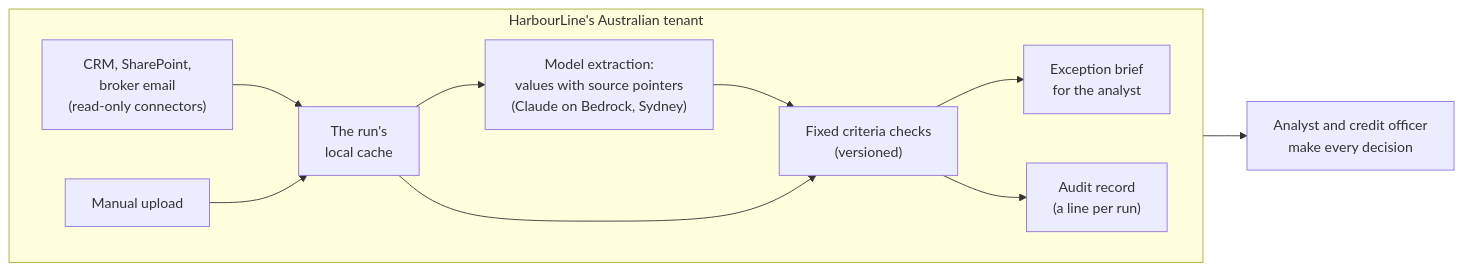
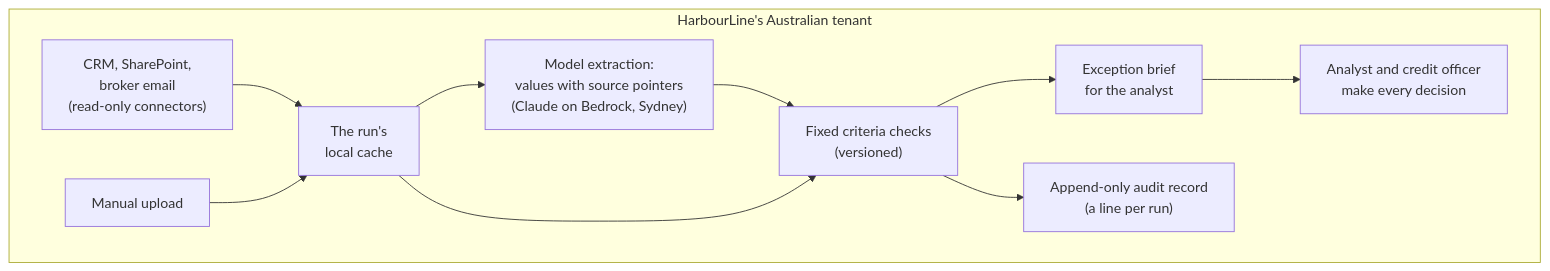
The diagram in docs/production-note.md (storytree-ai/mono-assessment), drawn with Mermaid before and after one commit. The commit also changed other lines of this file and 2 other files, not shown here.

First line of the commit message:
Fix the final reviewer's misses: dated run commands, the Bedrock step, the append-only audit, matching not-ready lists

````diff
--- a/docs/production-note.md
+++ b/docs/production-note.md
@@ -5,14 +5,14 @@
 ```mermaid
 flowchart LR
   subgraph tenant["HarbourLine's Australian tenant"]
     direction LR
     src["CRM, SharePoint,<br/>broker email<br/>(read-only connectors)"] --> cache["The run's<br/>local cache"]
     up["Manual upload"] --> cache
     cache --> model["Model extraction:<br/>values with source pointers<br/>(Claude on Bedrock, Sydney)"]
     model --> checks["Fixed criteria checks<br/>(versioned)"]
     cache --> checks
     checks --> brief["Exception brief<br/>for the analyst"]
-    checks --> audit["Audit record<br/>(a line per run)"]
+    checks --> audit["Append-only audit record<br/>(a line per run)"]
+    brief --> people["Analyst and credit officer<br/>make every decision"]
   end
-  brief --> people["Analyst and credit officer<br/>make every decision"]
 ```
````
